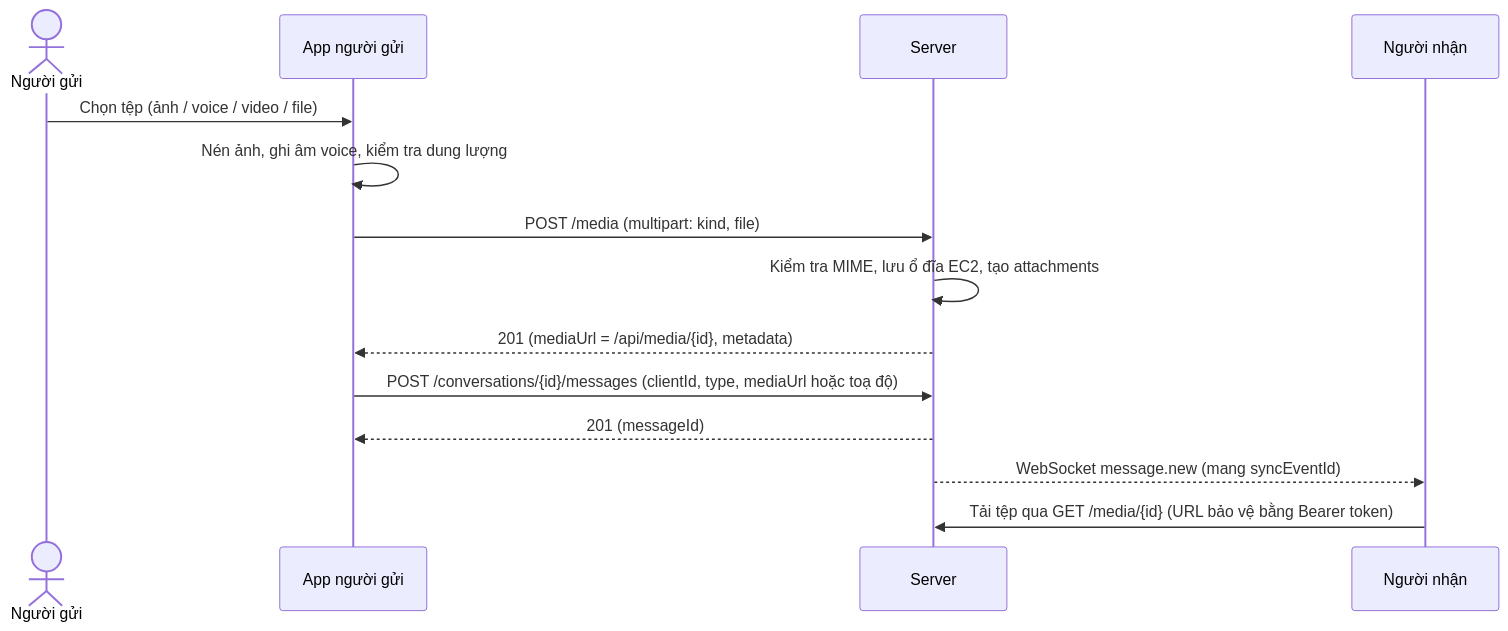
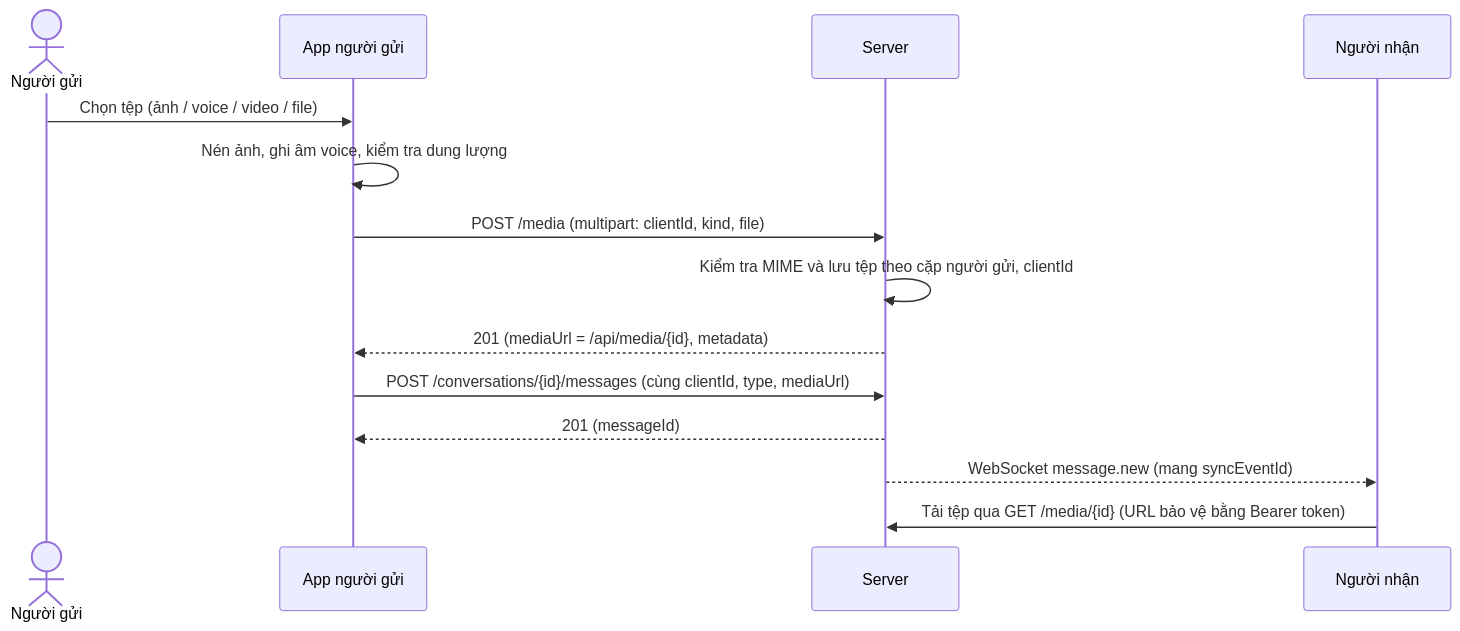
Before and after one commit to Project-Mobile-TEAM/Project_Mobile: the seventh of 10 diagrams in docs/FLOWS.md, drawn with Mermaid. The commit also changed other lines of this file and 16 other files, not shown here.

````diff
--- a/docs/FLOWS.md
+++ b/docs/FLOWS.md
@@ -298,16 +298,16 @@
 ```mermaid
 sequenceDiagram
     actor A as Người gửi
     participant App as App người gửi
     participant S as Server
     participant R as Người nhận
     A->>App: Chọn tệp (ảnh / voice / video / file)
     App->>App: Nén ảnh, ghi âm voice, kiểm tra dung lượng
-    App->>S: POST /media (multipart: kind, file)
-    S->>S: Kiểm tra MIME, lưu ổ đĩa EC2, tạo attachments
+    App->>S: POST /media (multipart: clientId, kind, file)
+    S->>S: Kiểm tra MIME và lưu tệp theo cặp người gửi, clientId
     S-->>App: 201 (mediaUrl = /api/media/{id}, metadata)
-    App->>S: POST /conversations/{id}/messages (clientId, type, mediaUrl hoặc toạ độ)
+    App->>S: POST /conversations/{id}/messages (cùng clientId, type, mediaUrl)
     S-->>App: 201 (messageId)
     S-->>R: WebSocket message.new (mang syncEventId)
     R->>S: Tải tệp qua GET /media/{id} (URL bảo vệ bằng Bearer token)
 ```
````
